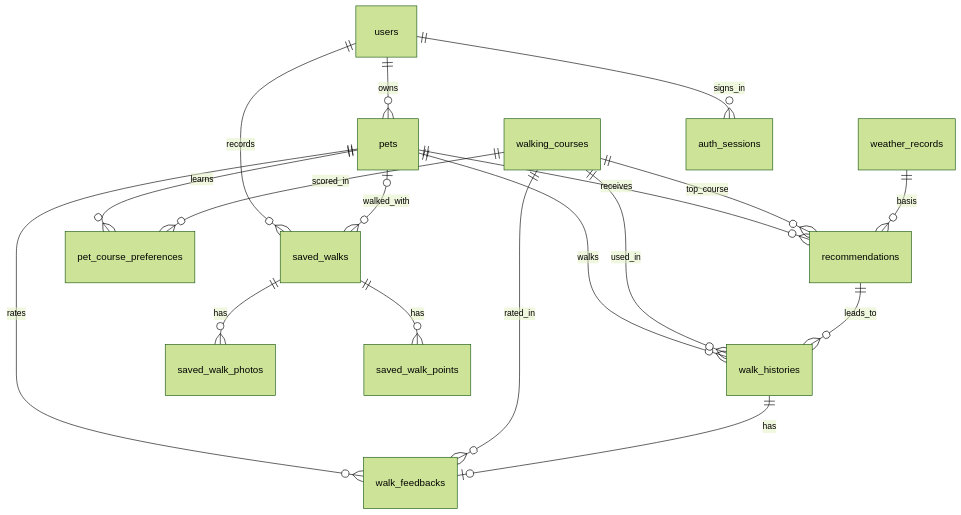
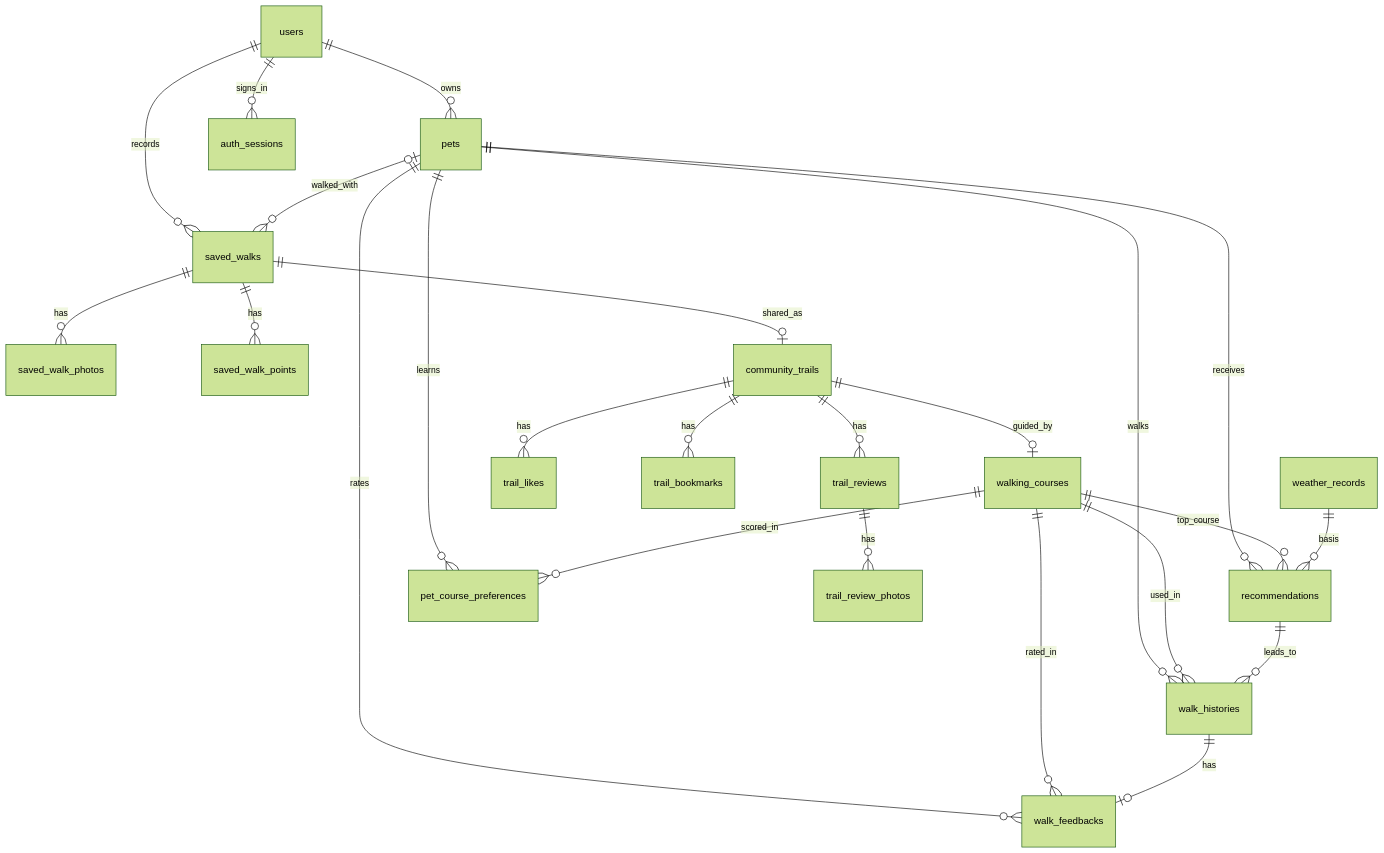
One commit to Kim-pitang/pawpath changed the fifth of 5 diagrams in docs/ARCHITECTURE.md. Above: the diagram before and after it, drawn with Mermaid (forest theme). The commit also changed other lines of this file and 4 other files, not shown here.

````diff
--- a/docs/ARCHITECTURE.md
+++ b/docs/ARCHITECTURE.md
@@ -206,20 +237,26 @@
 ```mermaid
 erDiagram
     users ||--o{ pets : owns
     pets ||--o{ recommendations : receives
     pets ||--o{ walk_histories : walks
     pets ||--o{ walk_feedbacks : rates
     pets ||--o{ pet_course_preferences : learns
     walking_courses ||--o{ walk_histories : used_in
     walking_courses ||--o{ walk_feedbacks : rated_in
     walking_courses ||--o{ pet_course_preferences : scored_in
     walking_courses ||--o{ recommendations : top_course
     weather_records ||--o{ recommendations : basis
     recommendations ||--o{ walk_histories : leads_to
     walk_histories ||--o| walk_feedbacks : has
     users ||--o{ saved_walks : records
     users ||--o{ auth_sessions : signs_in
     saved_walks ||--o{ saved_walk_photos : has
     pets |o--o{ saved_walks : walked_with
     saved_walks ||--o{ saved_walk_points : has
+    saved_walks ||--o| community_trails : shared_as
+    community_trails ||--o| walking_courses : guided_by
+    community_trails ||--o{ trail_likes : has
+    community_trails ||--o{ trail_bookmarks : has
+    community_trails ||--o{ trail_reviews : has
+    trail_reviews ||--o{ trail_review_photos : has
 ```
````
